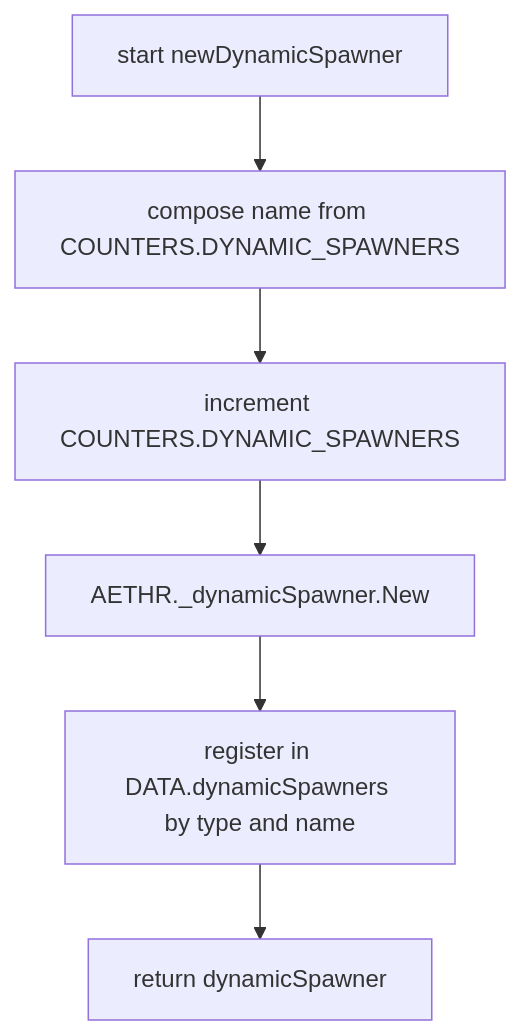
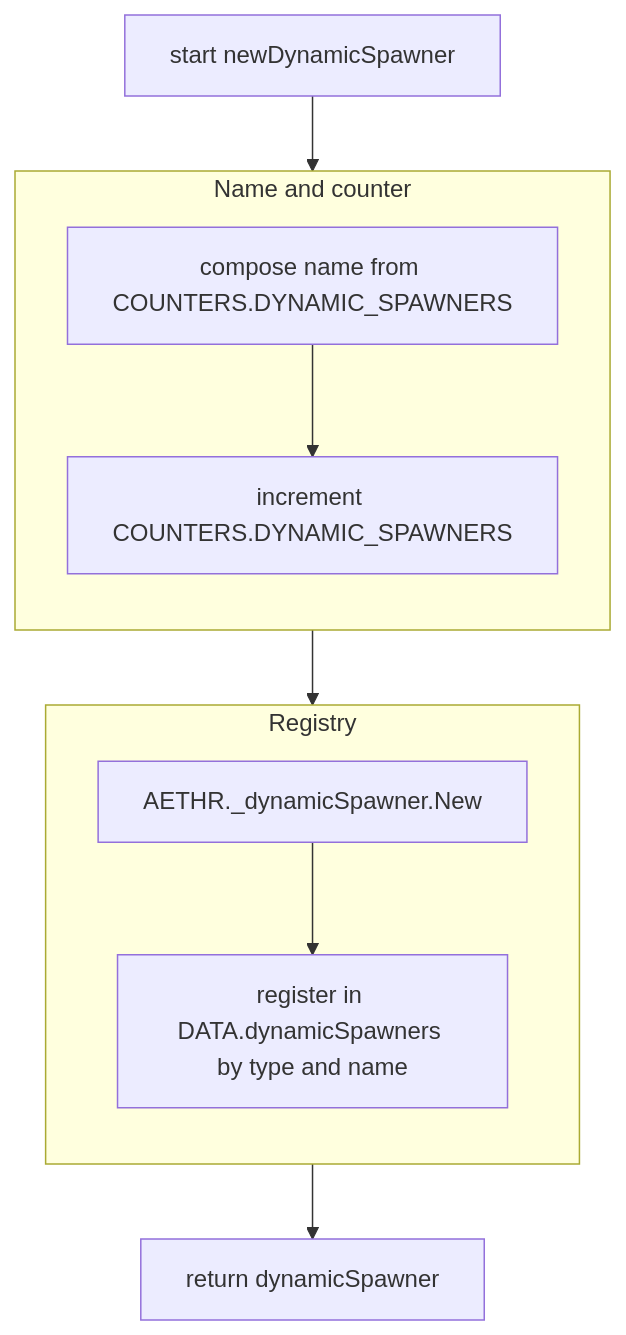
Before and after one commit to Gh0st352/AETHR: the third of 5 diagrams in docs/spawner/auxiliary.md, drawn with Mermaid. The commit also changed other lines of this file and 9 other files, not shown here.

First line of the commit message:
docs(spawner, mermaid): restructure diagrams and clarify headings

````diff
--- a/docs/spawner/auxiliary.md
+++ b/docs/spawner/auxiliary.md
@@ -46,8 +60,19 @@
 ```mermaid
+%% shared theme: docs/_mermaid/theme.json %%
 flowchart TB
   N0[start newDynamicSpawner] --> N1[compose name from COUNTERS.DYNAMIC_SPAWNERS]
-  N1 --> N2[increment COUNTERS.DYNAMIC_SPAWNERS]
+  subgraph "Name and counter"
+    direction TB
+    N1 --> N2[increment COUNTERS.DYNAMIC_SPAWNERS]
+  end
   N2 --> N3[AETHR._dynamicSpawner.New]
-  N3 --> N4[register in DATA.dynamicSpawners by type and name]
+  subgraph "Registry"
+    direction TB
+    N3 --> N4[register in DATA.dynamicSpawners by type and name]
+  end
   N4 --> OUT[return dynamicSpawner]
+  class N0 class_io;
+  class N1,N2,N4 class_step;
+  class N3 class_compute;
+  class OUT class_result;
 ```
````
